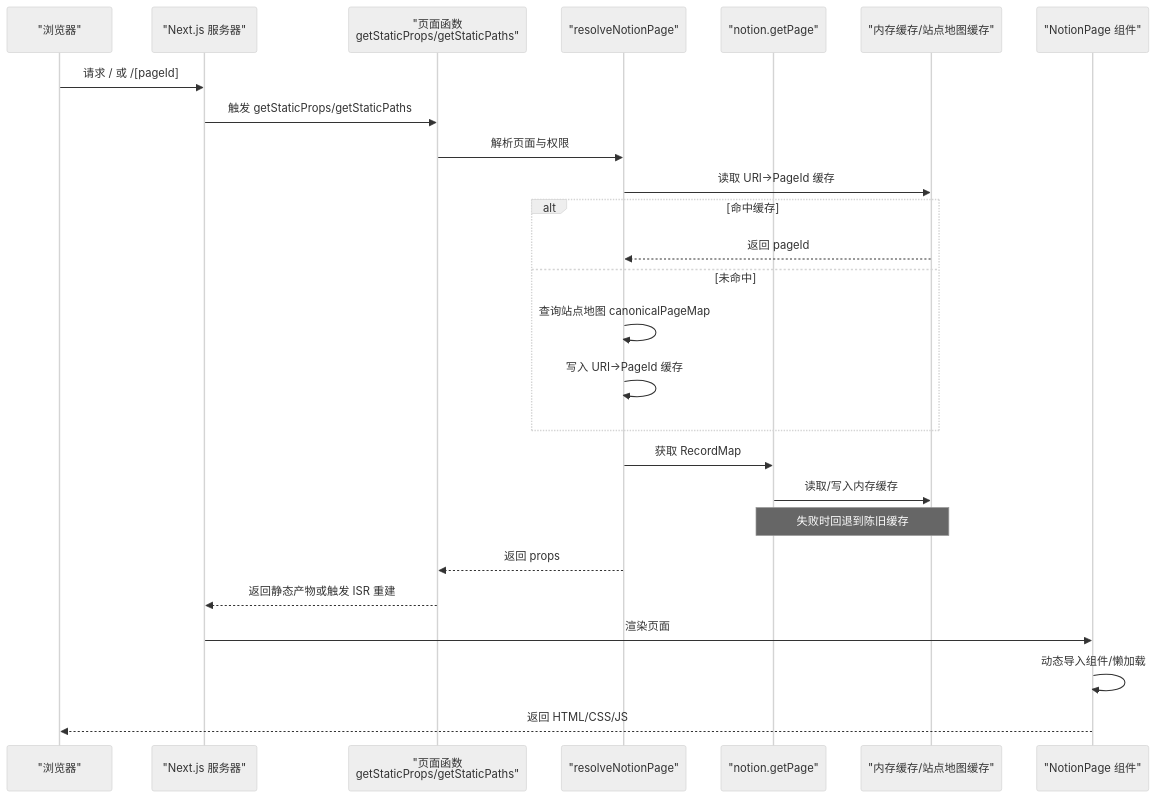
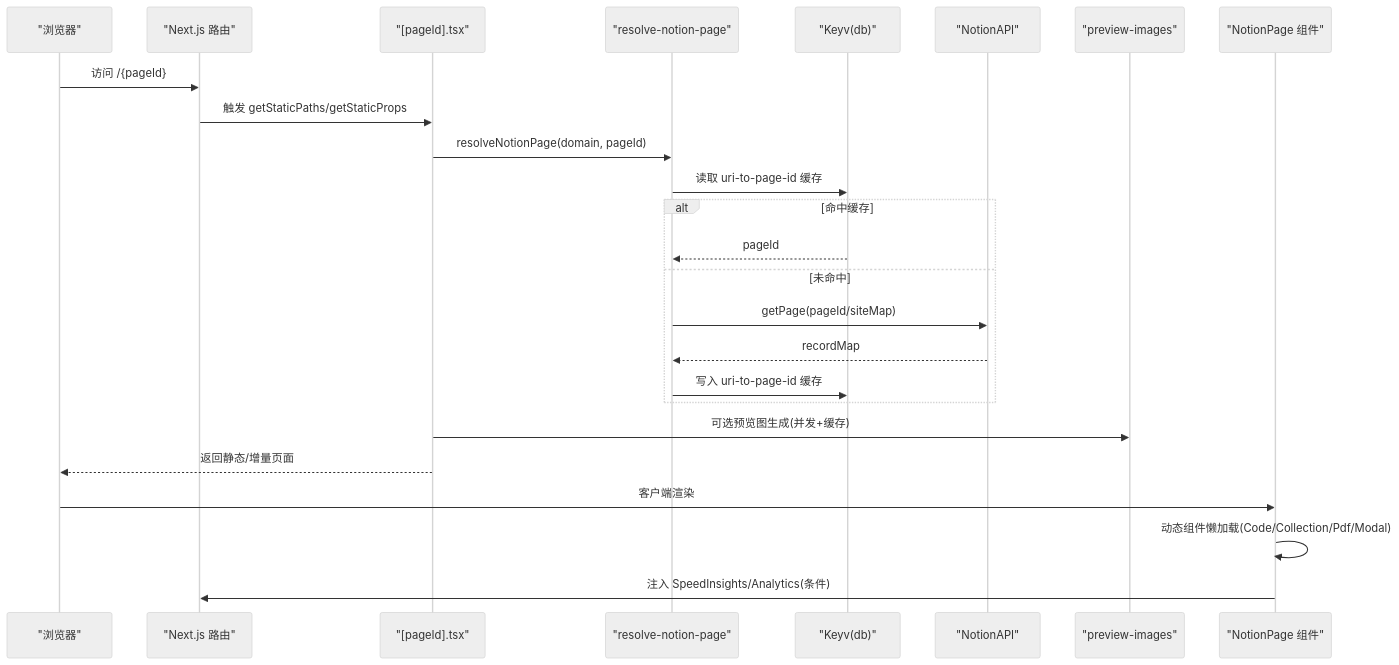
One commit to PhysicalMouse/nextjs-notion-starter-kit changed the second of 9 diagrams in .qoder/repowiki/zh/content/性能优化/性能优化.md. Above: the diagram before and after it, drawn with Mermaid (neutral theme). The commit also changed other lines of this file and 186 other files, not shown here.

````diff
--- a/.qoder/repowiki/zh/content/性能优化/性能优化.md
+++ b/.qoder/repowiki/zh/content/性能优化/性能优化.md
@@ -133,28 +117,27 @@
 ```mermaid
 sequenceDiagram
 participant Client as "浏览器"
-participant Next as "Next.js 服务器"
-participant Page as "页面函数<br/>getStaticProps/getStaticPaths"
-participant Resolve as "resolveNotionPage"
-participant Notion as "notion.getPage"
-participant Cache as "内存缓存/站点地图缓存"
+participant Next as "Next.js 路由"
+participant Page as "[pageId].tsx"
+participant Resolver as "resolve-notion-page"
+participant Cache as "Keyv(db)"
+participant Notion as "NotionAPI"
+participant Preview as "preview-images"
 participant Render as "NotionPage 组件"
-Client->>Next : 请求 / 或 /[pageId]
-Next->>Page : 触发 getStaticProps/getStaticPaths
-Page->>Resolve : 解析页面与权限
-Resolve->>Cache : 读取 URI→PageId 缓存
+Client->>Next : 访问 /{pageId}
+Next->>Page : 触发 getStaticPaths/getStaticProps
+Page->>Resolver : resolveNotionPage(domain, pageId)
+Resolver->>Cache : 读取 uri-to-page-id 缓存
 alt 命中缓存
-Cache-->>Resolve : 返回 pageId
+Cache-->>Resolver : pageId
 else 未命中
-Resolve->>Resolve : 查询站点地图 canonicalPageMap
-Resolve->>Resolve : 写入 URI→PageId 缓存
+Resolver->>Notion : getPage(pageId/siteMap)
+Notion-->>Resolver : recordMap
+Resolver->>Cache : 写入 uri-to-page-id 缓存
 end
-Resolve->>Notion : 获取 RecordMap
-Notion->>Cache : 读取/写入内存缓存
-Note over Notion,Cache : 失败时回退到陈旧缓存
-Resolve-->>Page : 返回 props
-Page-->>Next : 返回静态产物或触发 ISR 重建
-Next->>Render : 渲染页面
-Render->>Render : 动态导入组件/懒加载
-Render-->>Client : 返回 HTML/CSS/JS
+Page->>Preview : 可选预览图生成(并发+缓存)
+Page-->>Client : 返回静态/增量页面
+Client->>Render : 客户端渲染
+Render->>Render : 动态组件懒加载(Code/Collection/Pdf/Modal)
+Render->>Next : 注入 SpeedInsights/Analytics(条件)
 ```
````
